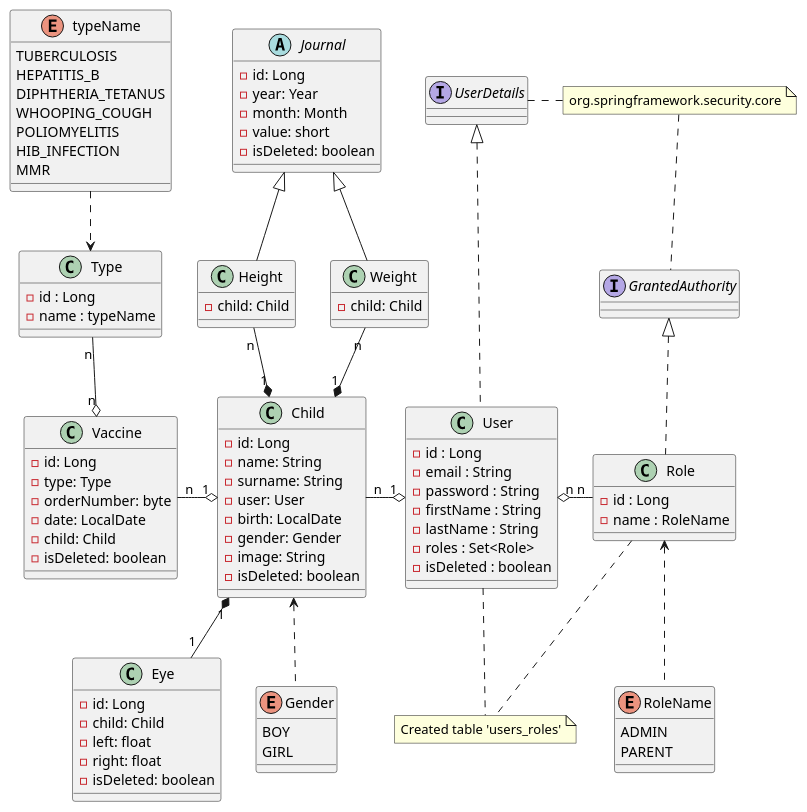
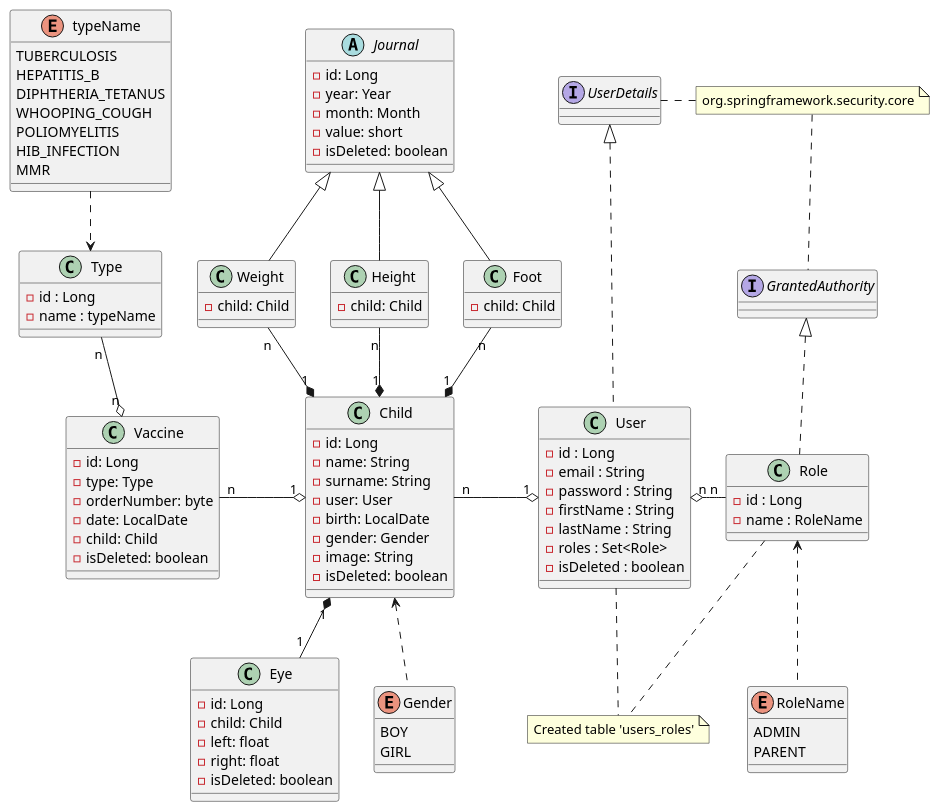
Before and after one commit to fe-july-91/kidti: the diagram in modelUML.puml, drawn with PlantUML. The commit also changed 13 other files, not shown here.

```diff
--- a/modelUML.puml
+++ b/modelUML.puml
@@ -1,115 +1,121 @@
 @startuml
 'https://plantuml.com/class-diagram
 
 interface UserDetails
 interface GrantedAuthority
 
 class User {
 - id : Long
 - email : String
 - password : String
 - firstName : String
 - lastName : String
 - roles : Set<Role>
 - isDeleted : boolean
 }
 
 class Role {
 - id : Long
 - name : RoleName
 }
 
 enum RoleName {
 ADMIN
 PARENT
 }
 
 class Child {
 - id: Long
 - name: String
 - surname: String
 - user: User
 - birth: LocalDate
 - gender: Gender
 - image: String
 - isDeleted: boolean
 }
 
 class Eye {
 - id: Long
 - child: Child
 - left: float
 - right: float
 - isDeleted: boolean
 }
 
 enum Gender {
 BOY
 GIRL
 }
 
 abstract class Journal {
 - id: Long
 - year: Year
 - month: Month
 - value: short
 - isDeleted: boolean
 }
 
 class Weight {
 - child: Child
 }
 
 class Height {
 - child: Child
 }
 
+class Foot {
+- child: Child
+}
+
 class Type {
 - id : Long
 - name : typeName
 }
 
 enum typeName {
 TUBERCULOSIS
 HEPATITIS_B
 DIPHTHERIA_TETANUS
 WHOOPING_COUGH
 POLIOMYELITIS
 HIB_INFECTION
 MMR
 }
 
 class Vaccine {
 - id: Long
 - type: Type
 - orderNumber: byte
 - date: LocalDate
 - child: Child
 - isDeleted: boolean
 }
 
 Journal <|-- Weight
 Journal <|-- Height
+Journal <|-- Foot
 Weight "n" --* "1" Child
 Height "n" --* "1" Child
+Foot "n" --* "1" Child
 Type "n" --o "n" Vaccine
 Vaccine "n" -o "1" Child
 Child "1" *-- "1" Eye
 Child "n" -o "1" User
 User "n" o- "n" Role
 UserDetails <|.. User
 GrantedAuthority <|.. Role
 
 note "org.springframework.security.core" as MyNote
 MyNote .. GrantedAuthority
 UserDetails . MyNote
 
 note "Created table 'users_roles'" as MyNote2
 User .. MyNote2
 Role .. MyNote2
 
 Role <.. RoleName
 typeName ..>Type
 Child <..Gender
 
 @enduml
```
